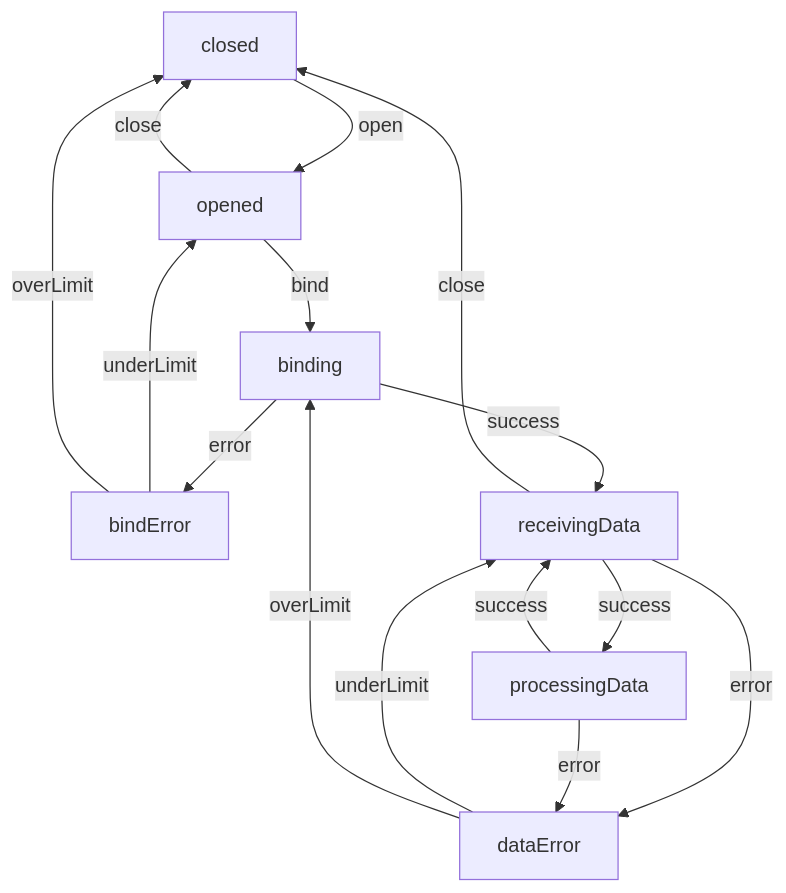
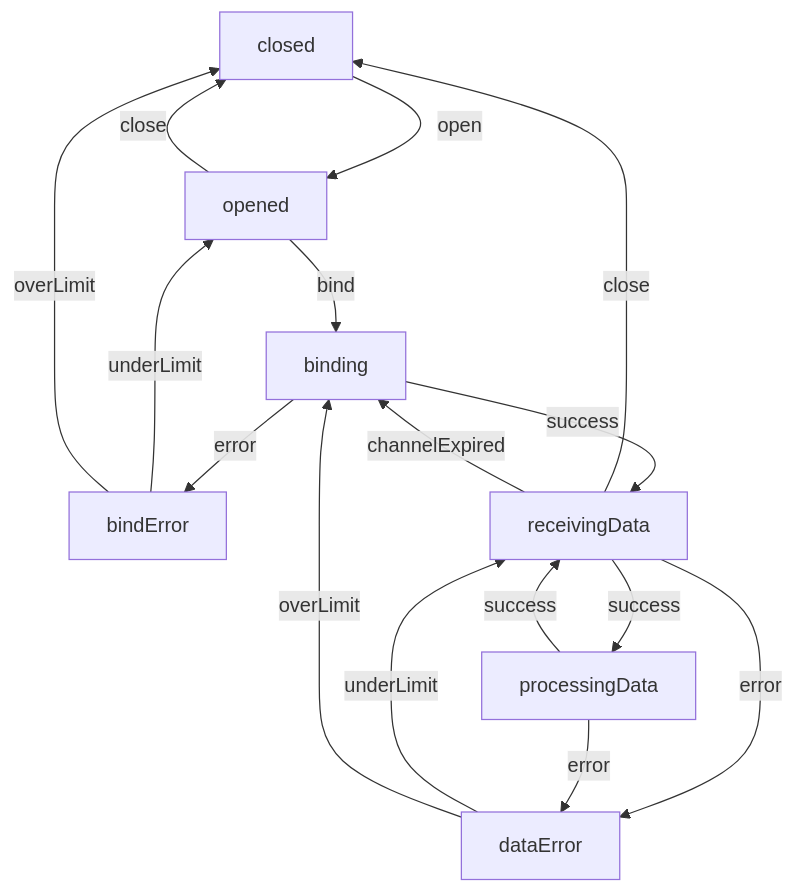
One commit to fruit-testbed/p2p-update changed the diagram in statemachine.md. Above: the diagram before and after it, drawn with Mermaid. The commit also changed 1 other file, not shown here.

Commit message:
add event channelExpired

````diff
--- a/statemachine.md
+++ b/statemachine.md
@@ -3,17 +3,18 @@
 ```mermaid
 graph TD;
 	closed -->|open| opened;
 	opened -->|close| closed;
 	opened -->|bind| binding;
 	binding -->|error| bindError;
 	bindError -->|underLimit| opened;
 	bindError -->|overLimit| closed;
 	binding -->|success| receivingData;
 	receivingData -->|close| closed;
 	receivingData -->|success| processingData;
 	receivingData -->|error| dataError;
+	receivingData -->|channelExpired| binding;
 	processingData -->|success| receivingData;
 	processingData -->|error| dataError;
 	dataError -->|underLimit| receivingData;
 	dataError -->|overLimit| binding;
 ```
````
